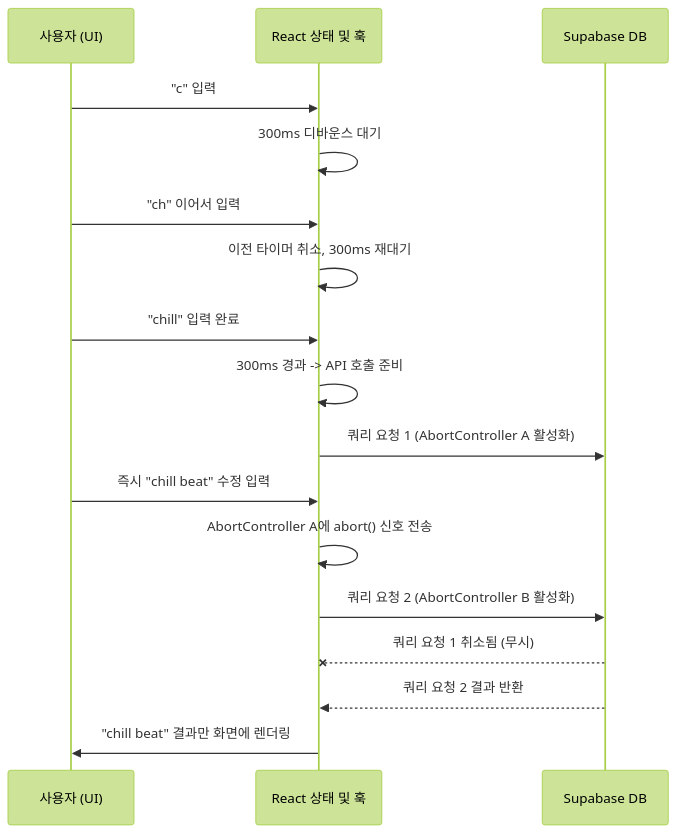
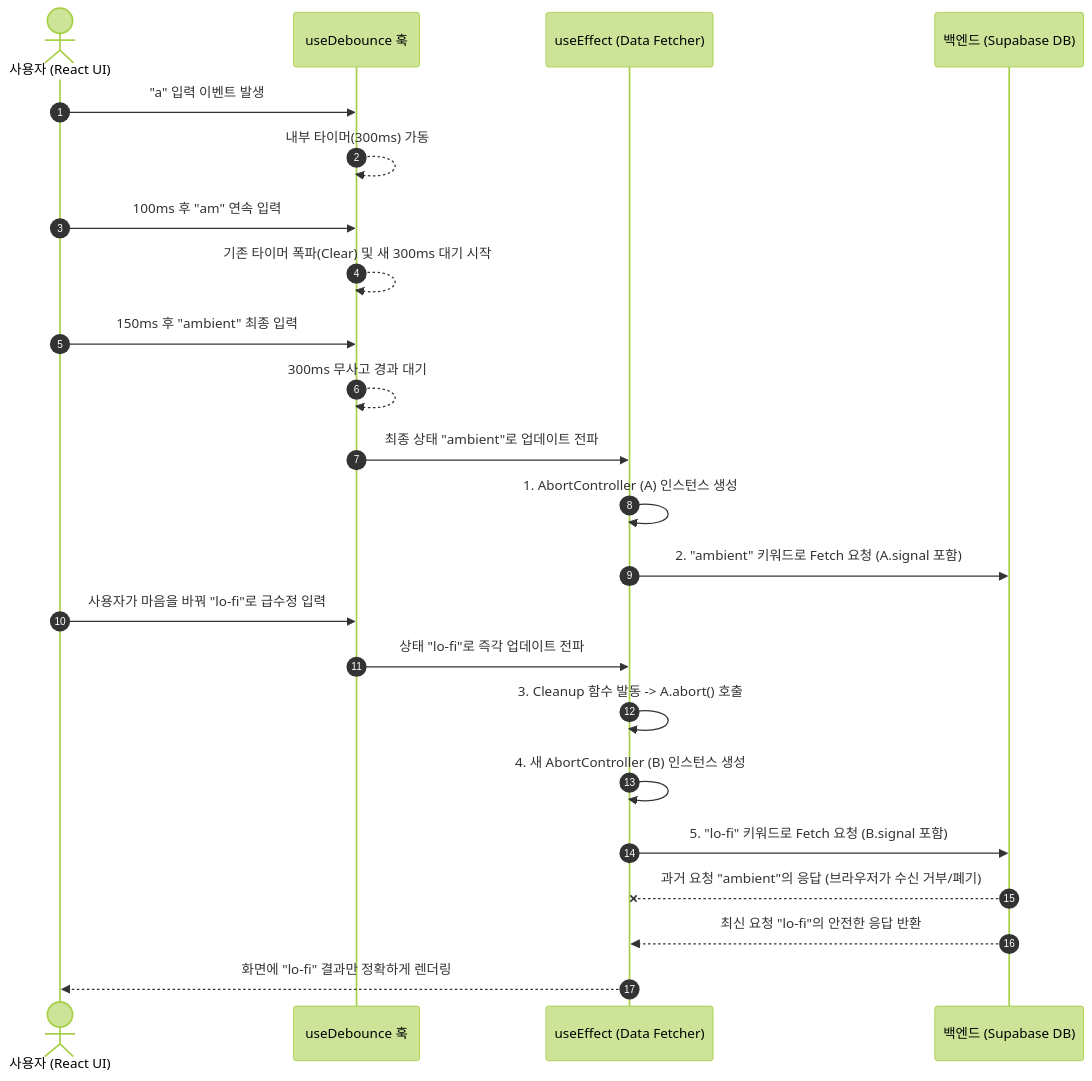
The second of 2 diagrams in README.md (git2583/mu8ic), drawn with Mermaid (forest theme) before and after one commit. The commit also changed other lines of this file and 6 other files, not shown here.

````diff
--- a/README.md
+++ b/README.md
@@ -102,20 +141,29 @@
 ```mermaid
 sequenceDiagram
-    participant User as 사용자 (UI)
-    participant Client as React 상태 및 훅
-    participant DB as Supabase DB
+    autonumber
+    actor User as 사용자 (React UI)
+    participant Hook as useDebounce 훅
+    participant Effect as useEffect (Data Fetcher)
+    participant DB as 백엔드 (Supabase DB)
 
-    User->>Client: "c" 입력
-    Client->>Client: 300ms 디바운스 대기
-    User->>Client: "ch" 이어서 입력
-    Client->>Client: 이전 타이머 취소, 300ms 재대기
-    User->>Client: "chill" 입력 완료
-    Client->>Client: 300ms 경과 -> API 호출 준비
-    Client->>DB: 쿼리 요청 1 (AbortController A 활성화)
-    User->>Client: 즉시 "chill beat" 수정 입력
-    Client->>Client: AbortController A에 abort() 신호 전송
-    Client->>DB: 쿼리 요청 2 (AbortController B 활성화)
-    DB--xClient: 쿼리 요청 1 취소됨 (무시)
-    DB-->>Client: 쿼리 요청 2 결과 반환
-    Client->>User: "chill beat" 결과만 화면에 렌더링
+    User->>Hook: "a" 입력 이벤트 발생
+    Hook-->>Hook: 내부 타이머(300ms) 가동
+    User->>Hook: 100ms 후 "am" 연속 입력
+    Hook-->>Hook: 기존 타이머 폭파(Clear) 및 새 300ms 대기 시작
+    User->>Hook: 150ms 후 "ambient" 최종 입력
+    Hook-->>Hook: 300ms 무사고 경과 대기
+    Hook->>Effect: 최종 상태 "ambient"로 업데이트 전파
+    
+    Effect->>Effect: 1. AbortController (A) 인스턴스 생성
+    Effect->>DB: 2. "ambient" 키워드로 Fetch 요청 (A.signal 포함)
+    
+    User->>Hook: 사용자가 마음을 바꿔 "lo-fi"로 급수정 입력
+    Hook->>Effect: 상태 "lo-fi"로 즉각 업데이트 전파
+    Effect->>Effect: 3. Cleanup 함수 발동 -> A.abort() 호출
+    Effect->>Effect: 4. 새 AbortController (B) 인스턴스 생성
+    Effect->>DB: 5. "lo-fi" 키워드로 Fetch 요청 (B.signal 포함)
+    
+    DB--xEffect: 과거 요청 "ambient"의 응답 (브라우저가 수신 거부/폐기)
+    DB-->>Effect: 최신 요청 "lo-fi"의 안전한 응답 반환
+    Effect-->>User: 화면에 "lo-fi" 결과만 정확하게 렌더링
 ```
````
